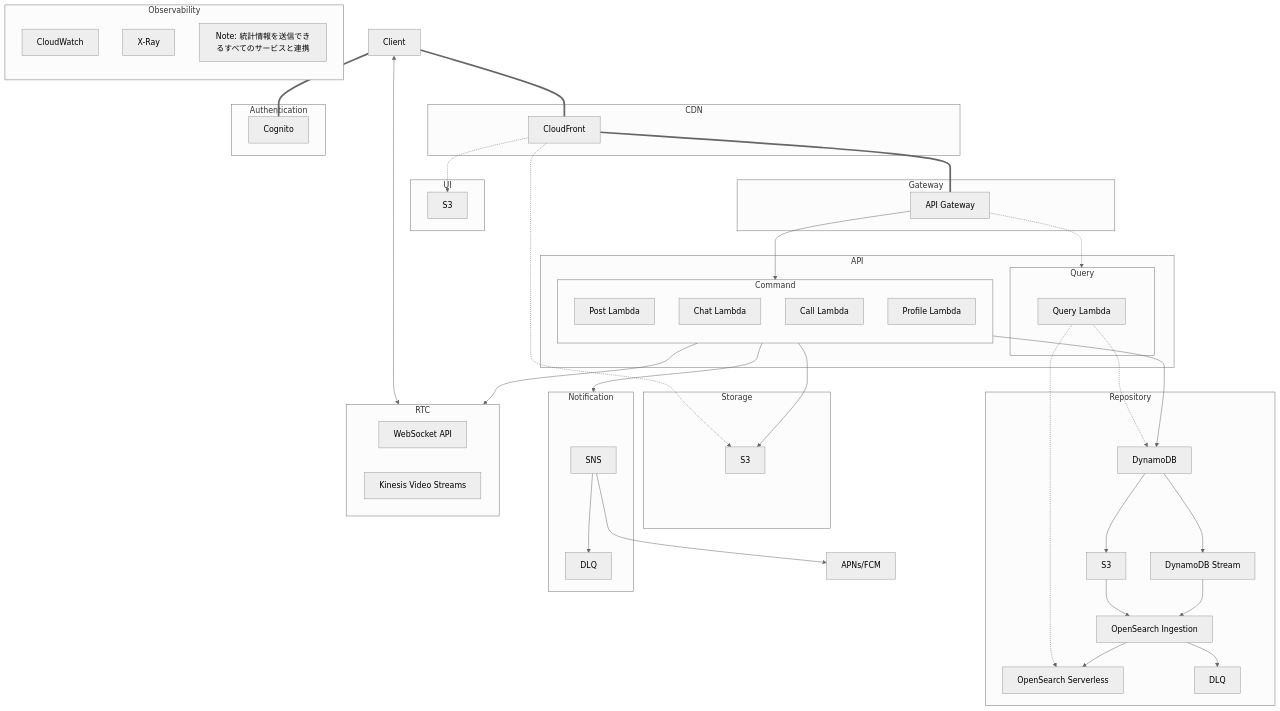
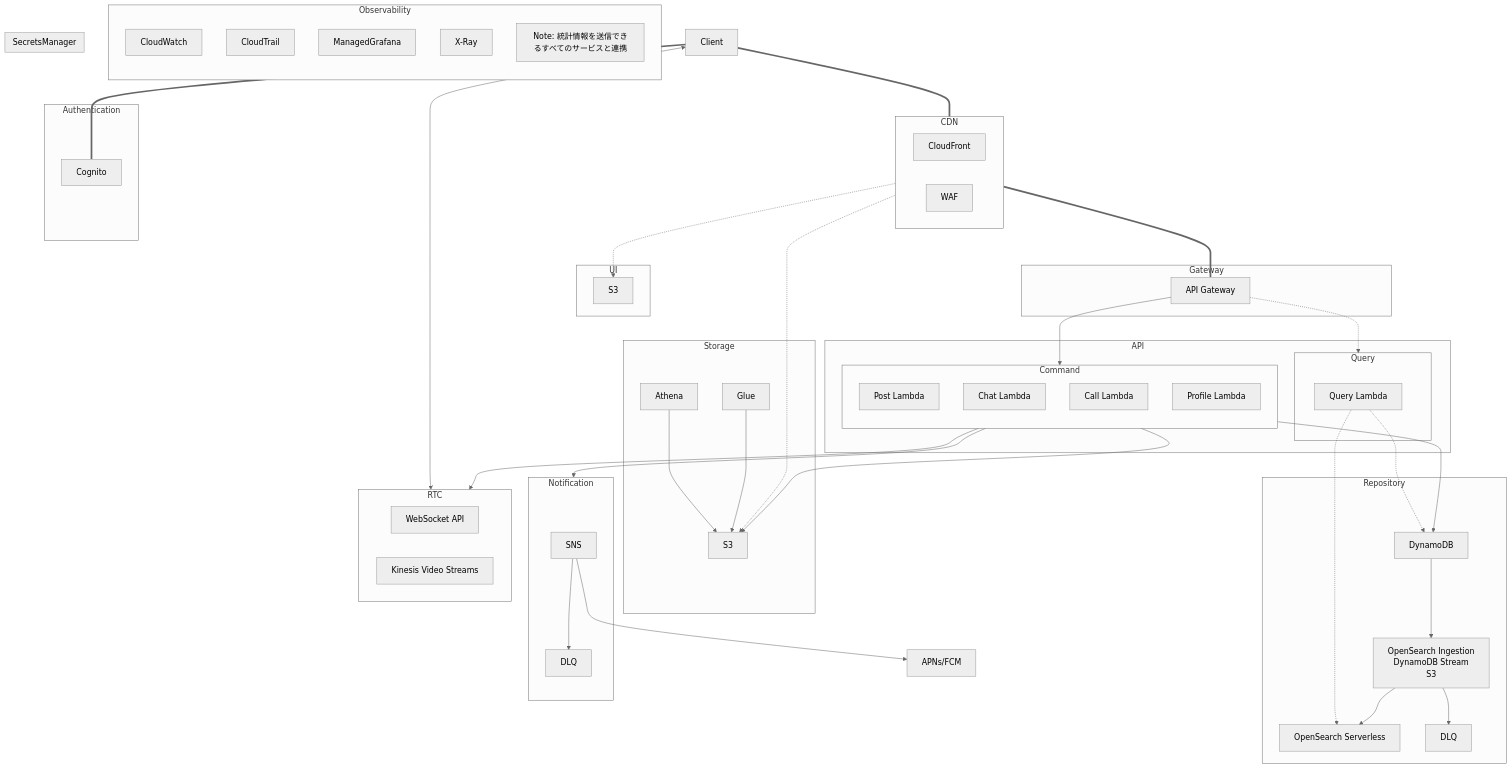
Before and after one commit to Xo1otl/mictlan: the diagram in apps/asyncsns/README.md, drawn with Mermaid (neutral theme). The commit also changed other lines of this file and 5 other files, not shown here.

```diff
--- a/apps/asyncsns/README.md
+++ b/apps/asyncsns/README.md
@@ -33,7 +35,9 @@
     end
     
     subgraph CDN["CDN"]
+        direction LR
         CF["CloudFront"]
+        WAF["WAF"]
     end
 
     subgraph Auth["Authentication"]
@@ -59,16 +63,23 @@
     
     subgraph Repository["Repository"]
         DynamoDB["DynamoDB"]
-        DynamoStream["DynamoDB Stream"]
-        OpenSearchIngestion["OpenSearch Ingestion"]
+        OpenSearchIngestion["
+            OpenSearch Ingestion
+            DynamoDB Stream
+            S3
+        "]
         OpenSearch["OpenSearch Serverless"]
-        S3Snapshot["S3"]
         OpenSearchDLQ["DLQ"]
     end
 
     subgraph Storage["Storage"]
         S3Store["S3"]
+        Athena["Athena"]
+        Glue["Glue"]
     end
+    
+    Athena --> S3Store
+    Glue --> S3Store
 
     subgraph Notification["Notification"]
         SNS["SNS"]
@@ -84,19 +95,22 @@
     subgraph Observability["Observability"]
         direction TB
         CloudWatch["CloudWatch"]
+        CloudTrail["CloudTrail"]
+        ManagedGrafana["ManagedGrafana"]
         XRay["X-Ray"]
         note["Note: 統計情報を送信できるすべてのサービスと連携"]
     end
     
+    subgraph SecretsManager["SecretsManager"]
+    end
+    
     %% Basic client interactions
     Client === Cognito
-    Client === CF
+    Client === CDN
     Client <--> RTC
-    CF === APIGW
-    CF -.-> S3
-    
-    %% Direct access paths
-    CF -.-> S3Store
+    CDN === APIGW
+    CDN -.-> S3
+    CDN -.-> S3Store
     
     %% API Gateway to Lambda groups
     APIGW --> CommandAPI
@@ -112,10 +126,7 @@
     QueryLambda -.-> DynamoDB
     QueryLambda -.-> OpenSearch
     
-    DynamoDB --> DynamoStream
-    DynamoDB --> S3Snapshot
-    S3Snapshot --> OpenSearchIngestion
-    DynamoStream --> OpenSearchIngestion
+    DynamoDB --> OpenSearchIngestion
     OpenSearchIngestion --> OpenSearch
     OpenSearchIngestion --> OpenSearchDLQ
     SNS --> DLQ
```
